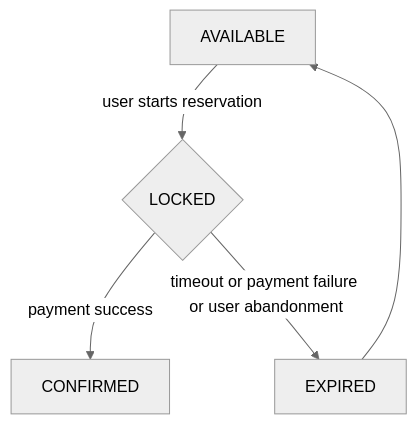
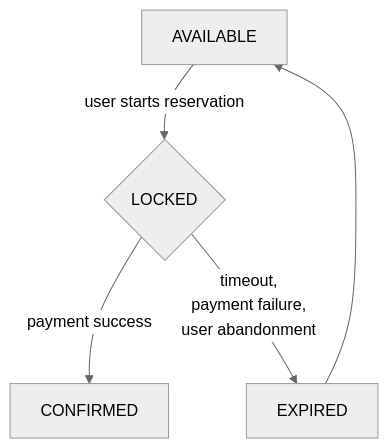
One commit to Reserix/reserix-api changed the diagram in README.md. Above: the diagram before and after it, drawn with Mermaid (neutral theme).

Commit message:
Update the Reservation Flow on Readme.md

````diff
--- a/README.md
+++ b/README.md
@@ -59,7 +59,9 @@
 ```mermaid
 flowchart TD
     A[AVAILABLE] --> | user starts reservation | B{LOCKED}
     B -->|payment success| C[CONFIRMED]
-    B -->|timeout or payment failure or user abandonment| D[EXPIRED]
+    B -->|timeout,
+     payment failure,
+     user abandonment| D[EXPIRED]
     D --> A
 ```
````
